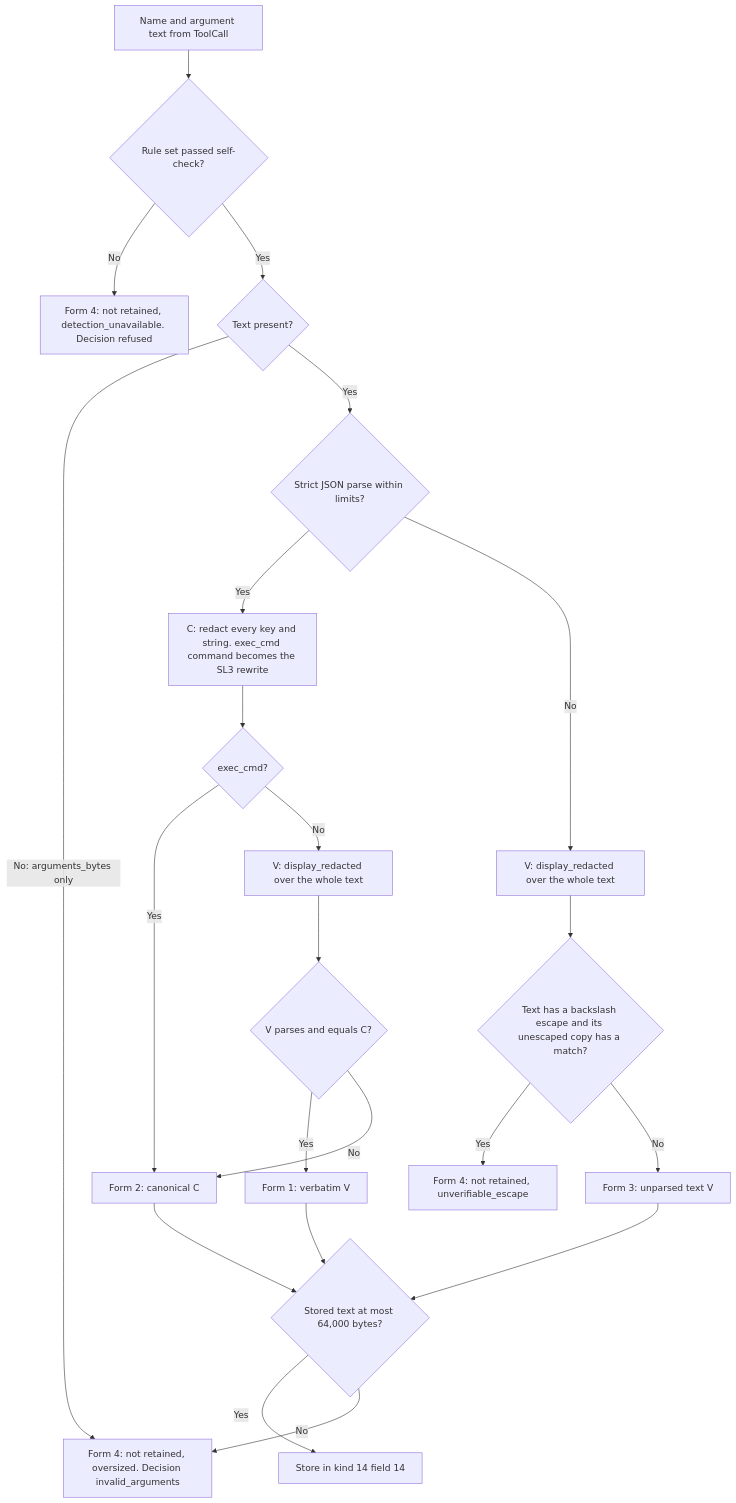
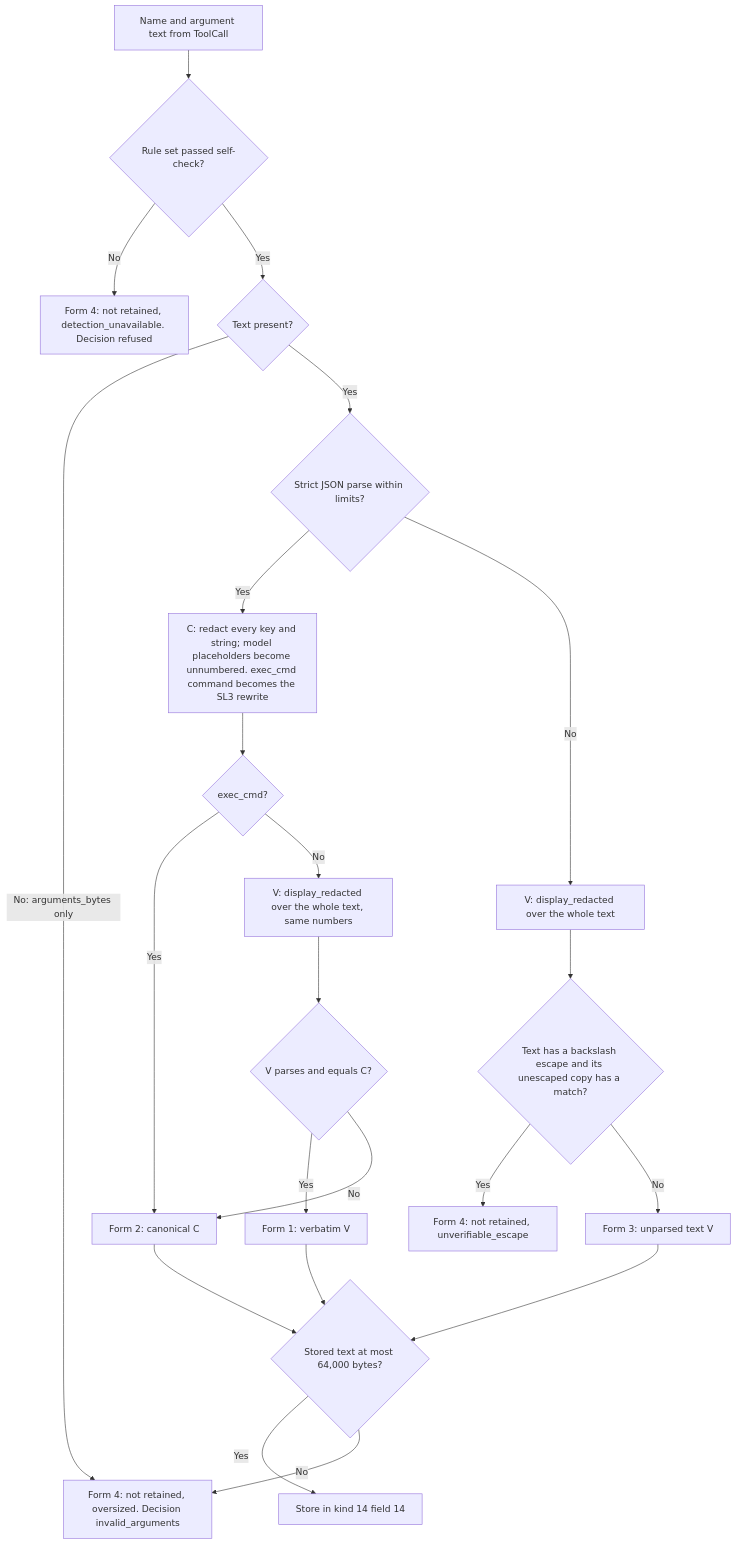
The first of 4 diagrams in docs/designs/tool-call-records.md (pidster/asura), drawn with Mermaid before and after one commit. The commit also changed other lines of this file and 77 other files, not shown here.

````diff
--- a/docs/designs/tool-call-records.md
+++ b/docs/designs/tool-call-records.md
@@ -220,24 +268,24 @@
 ```mermaid
 flowchart TD
     In["Name and argument text from ToolCall"] --> Rules{"Rule set passed self-check?"}
     Rules -->|No| Withheld["Form 4: not retained, detection_unavailable. Decision refused"]
     Rules -->|Yes| Size{"Text present?"}
     Size -->|"No: arguments_bytes only"| Over["Form 4: not retained, oversized. Decision invalid_arguments"]
     Size -->|Yes| Parse{"Strict JSON parse within limits?"}
-    Parse -->|Yes| Canon["C: redact every key and string. exec_cmd command becomes the SL3 rewrite"]
+    Parse -->|Yes| Canon["C: redact every key and string; model placeholders become unnumbered. exec_cmd command becomes the SL3 rewrite"]
     Canon --> Exec{"exec_cmd?"}
     Exec -->|Yes| StoreC["Form 2: canonical C"]
-    Exec -->|No| Verb["V: display_redacted over the whole text"]
+    Exec -->|No| Verb["V: display_redacted over the whole text, same numbers"]
     Verb --> Same{"V parses and equals C?"}
     Same -->|Yes| StoreV["Form 1: verbatim V"]
     Same -->|No| StoreC
     Parse -->|No| Text["V: display_redacted over the whole text"]
     Text --> Esc{"Text has a backslash escape and its unescaped copy has a match?"}
     Esc -->|Yes| Unverifiable["Form 4: not retained, unverifiable_escape"]
     Esc -->|No| StoreT["Form 3: unparsed text V"]
     StoreV --> Limit{"Stored text at most 64,000 bytes?"}
     StoreC --> Limit
     StoreT --> Limit
     Limit -->|Yes| Keep["Store in kind 14 field 14"]
     Limit -->|No| Over
 ```
````
